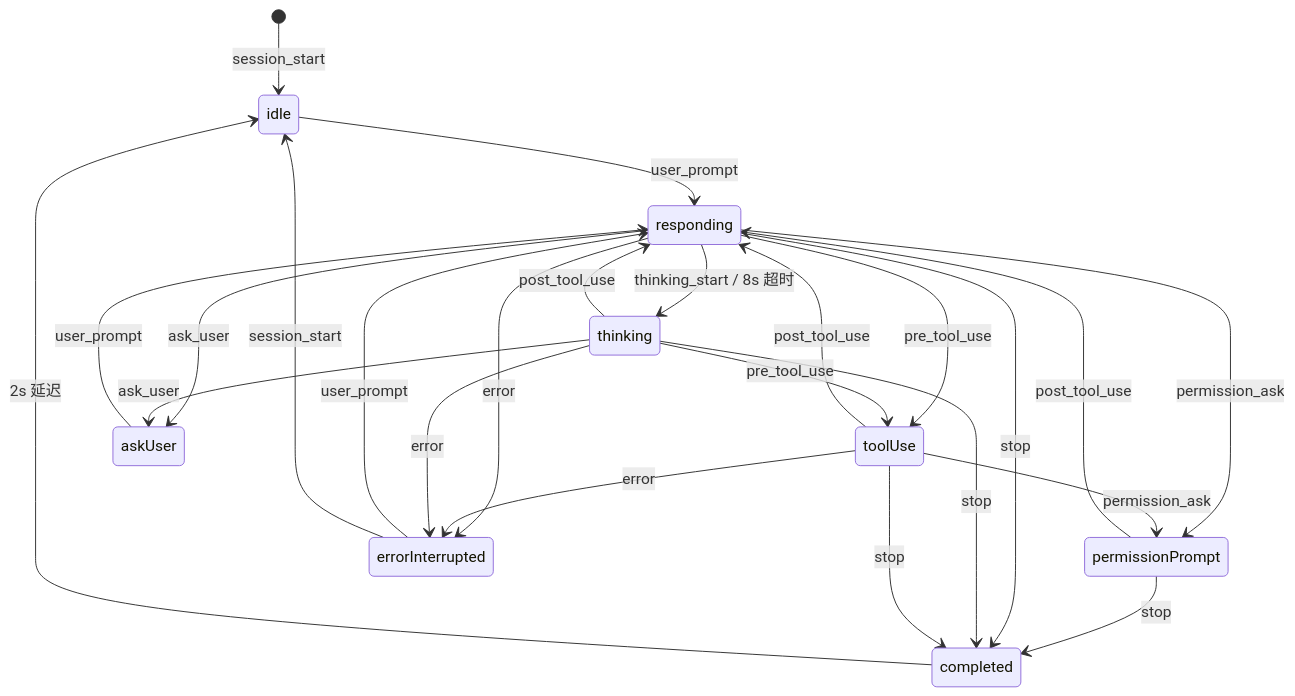
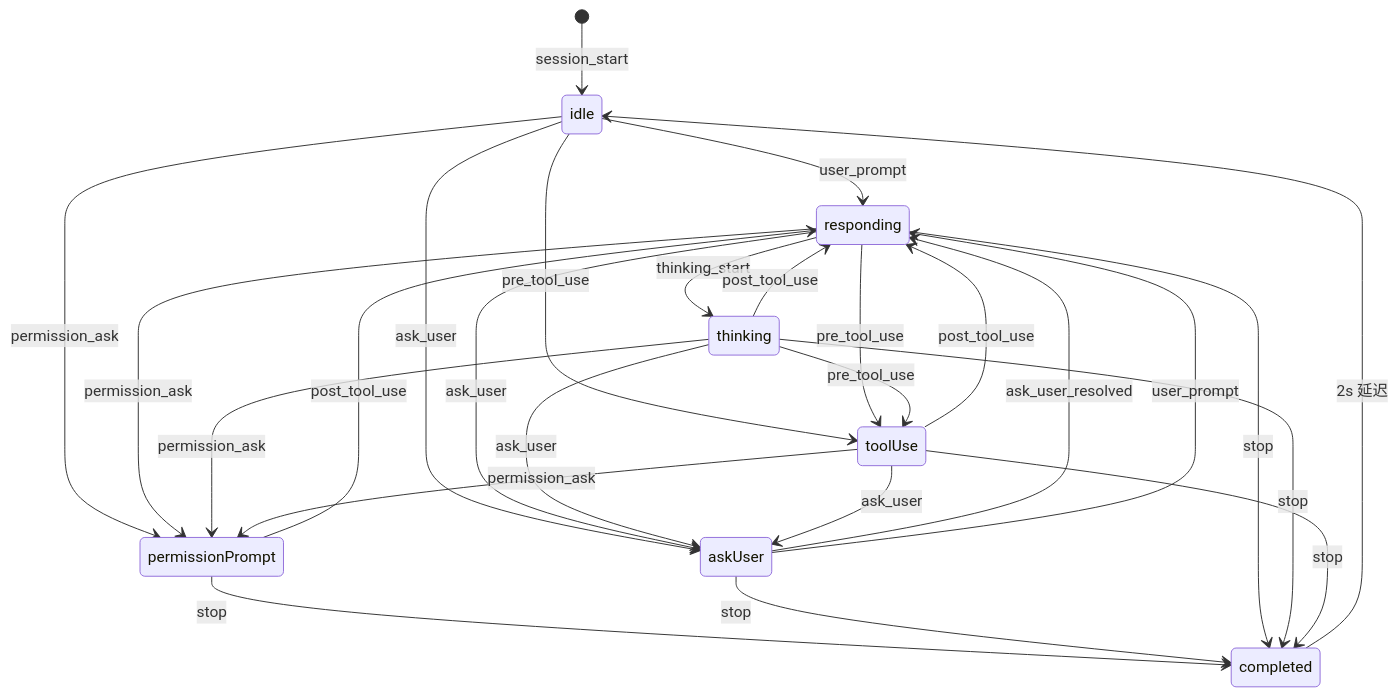
One commit to BinaryFroggy/Hopet changed the third of 3 diagrams in devDocs/architecture.md. Above: the diagram before and after it, drawn with Mermaid. The commit also changed other lines of this file and 8 other files, not shown here.

````diff
--- a/devDocs/architecture.md
+++ b/devDocs/architecture.md
@@ -444,26 +471,28 @@
 ```mermaid
 stateDiagram-v2
     [*] --> idle: session_start
     idle --> responding: user_prompt
-    responding --> thinking: thinking_start / 8s 超时
+    idle --> permissionPrompt: permission_ask
+    idle --> askUser: ask_user
+    idle --> toolUse: pre_tool_use
+    responding --> thinking: thinking_start
     thinking --> responding: post_tool_use
     responding --> toolUse: pre_tool_use
     thinking --> toolUse: pre_tool_use
     toolUse --> responding: post_tool_use
     responding --> permissionPrompt: permission_ask
+    thinking --> permissionPrompt: permission_ask
     toolUse --> permissionPrompt: permission_ask
     permissionPrompt --> responding: post_tool_use
     permissionPrompt --> completed: stop
     responding --> askUser: ask_user
     thinking --> askUser: ask_user
+    toolUse --> askUser: ask_user
+    askUser --> responding: ask_user_resolved
     askUser --> responding: user_prompt
-    responding --> errorInterrupted: error
-    toolUse --> errorInterrupted: error
-    thinking --> errorInterrupted: error
-    errorInterrupted --> responding: user_prompt
-    errorInterrupted --> idle: session_start
+    askUser --> completed: stop
     responding --> completed: stop
     thinking --> completed: stop
     toolUse --> completed: stop
     completed --> idle: 2s 延迟
 ```
````
